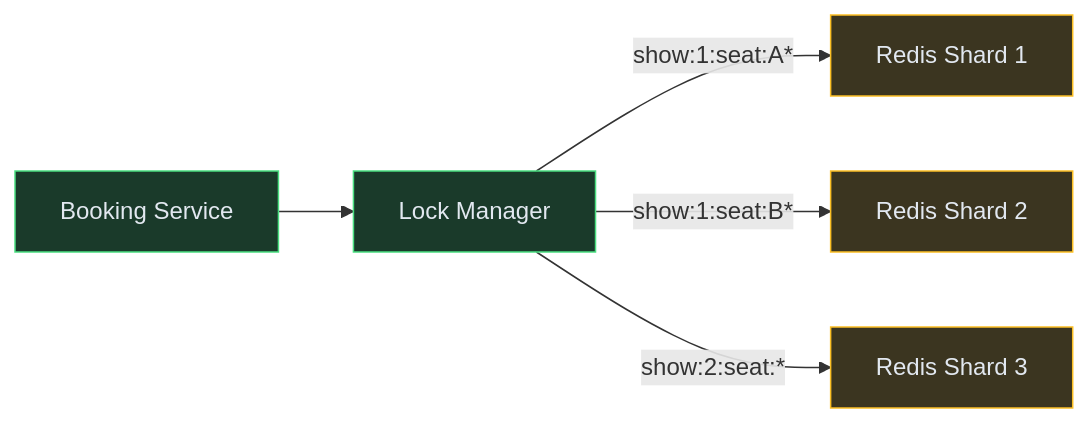
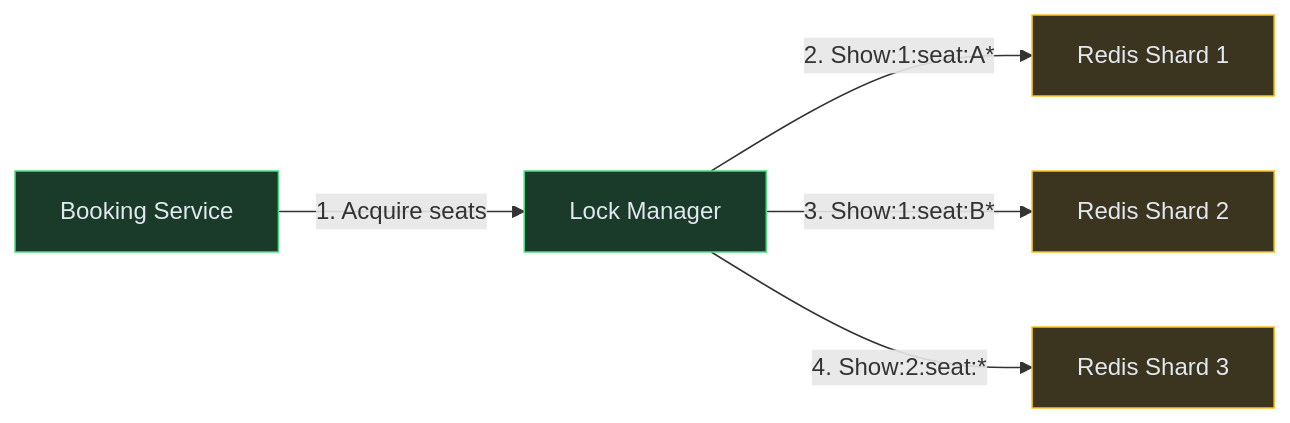
Before and after one commit to iluzn/HLD-Designs: the eighth of 11 diagrams in content/hld/BookMyShow.md, drawn with Mermaid. The commit also changed other lines of this file and 27 other files, not shown here.

````diff
--- a/content/hld/BookMyShow.md
+++ b/content/hld/BookMyShow.md
@@ -468,16 +468,16 @@
 ```mermaid
 flowchart LR
     LM["Lock Manager"]:::service
     R1["Redis Shard 1"]:::data
     R2["Redis Shard 2"]:::data
     R3["Redis Shard 3"]:::data
     BS["Booking Service"]:::service
 
-    BS --> LM
-    LM -->|"show:1:seat:A*"| R1
-    LM -->|"show:1:seat:B*"| R2
-    LM -->|"show:2:seat:*"| R3
+    BS -->|"1. Acquire seats"| LM
+    LM -->|"2. Show:1:seat:A*"| R1
+    LM -->|"3. Show:1:seat:B*"| R2
+    LM -->|"4. Show:2:seat:*"| R3
 
     classDef service fill:#1a3a2a,stroke:#4ade80,color:#e2e8f0
     classDef data fill:#3b3520,stroke:#fbbf24,color:#e2e8f0
 ```
````
